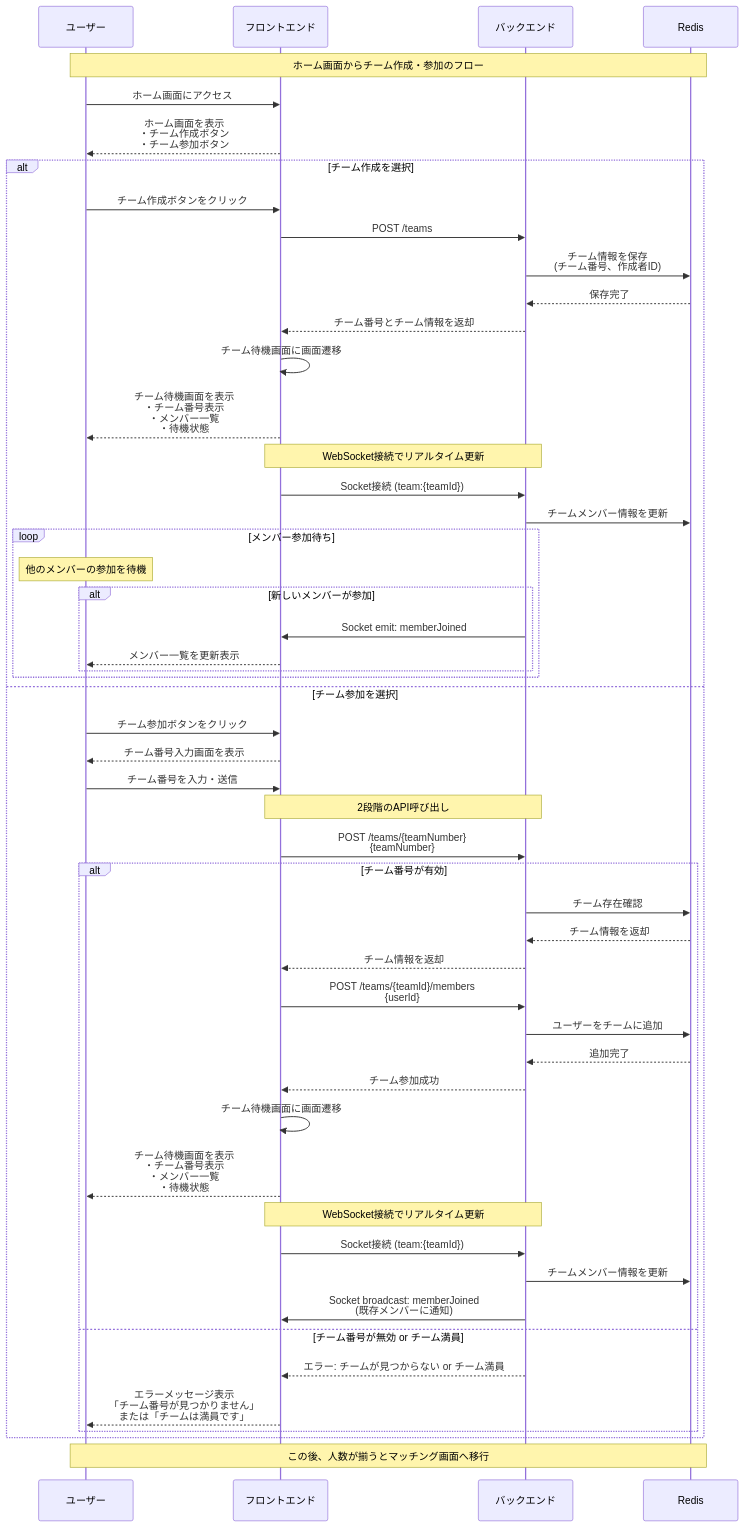
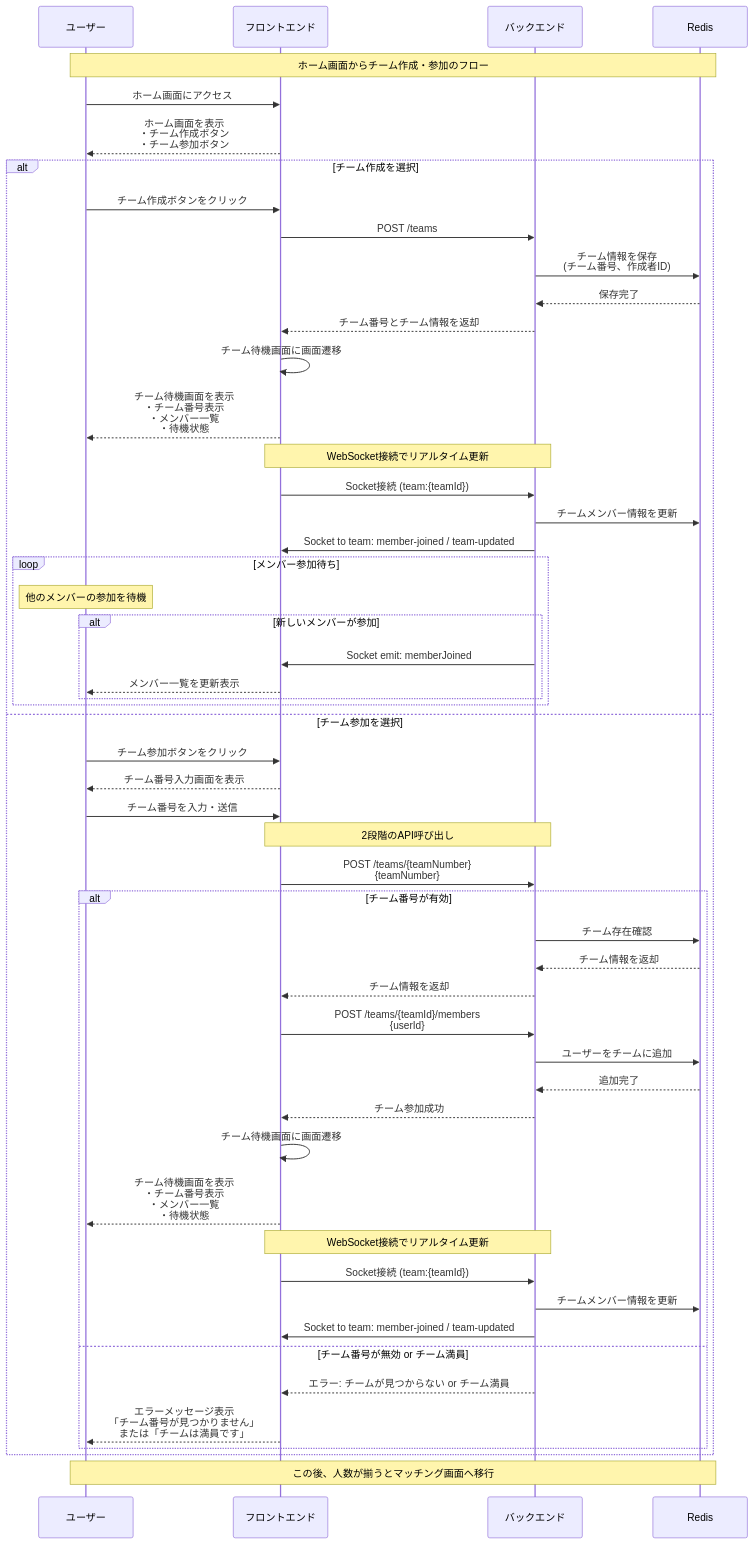
The diagram in docs/sequence-home-to-team.mmd (kotek-7/minpuzz), drawn with Mermaid before and after one commit. The commit also changed 6 other files, not shown here.

```diff
--- a/docs/sequence-home-to-team.mmd
+++ b/docs/sequence-home-to-team.mmd
@@ -1,69 +1,70 @@
 %%{init: {'theme':'default', 'themeVariables': {'primaryColor': '#4f46e5', 'primaryTextColor': '#fff', 'primaryBorderColor': '#3730a3', 'lineColor': '#374151', 'secondaryColor': '#e5e7eb', 'tertiaryColor': '#f3f4f6'}}}%%
 
 sequenceDiagram
     participant U as ユーザー
     participant F as フロントエンド
     participant B as バックエンド
     participant R as Redis
 
     Note over U,R: ホーム画面からチーム作成・参加のフロー
 
     %% ホーム画面
     U->>F: ホーム画面にアクセス
     F-->>U: ホーム画面を表示<br/>・チーム作成ボタン<br/>・チーム参加ボタン
 
     %% チーム作成フロー
     alt チーム作成を選択
         U->>F: チーム作成ボタンをクリック
         F->>B: POST /teams
         B->>R: チーム情報を保存<br/>(チーム番号、作成者ID)
         R-->>B: 保存完了
         B-->>F: チーム番号とチーム情報を返却
         F->>F: チーム待機画面に画面遷移
         F-->>U: チーム待機画面を表示<br/>・チーム番号表示<br/>・メンバー一覧<br/>・待機状態
 
         Note over F,B: WebSocket接続でリアルタイム更新
         F->>B: Socket接続 (team:{teamId})
         B->>R: チームメンバー情報を更新
+        B->>F: Socket to team: member-joined / team-updated
         
         loop メンバー参加待ち
             Note over U: 他のメンバーの参加を待機
             alt 新しいメンバーが参加
                 B->>F: Socket emit: memberJoined
                 F-->>U: メンバー一覧を更新表示
             end
         end
 
     %% チーム参加フロー  
     else チーム参加を選択
         U->>F: チーム参加ボタンをクリック
         F-->>U: チーム番号入力画面を表示
         U->>F: チーム番号を入力・送信
         
         Note over F,B: 2段階のAPI呼び出し
         F->>B: POST /teams/{teamNumber}<br/>{teamNumber}
         
         alt チーム番号が有効
             B->>R: チーム存在確認
             R-->>B: チーム情報を返却
             B-->>F: チーム情報を返却
             
             F->>B: POST /teams/{teamId}/members<br/>{userId}
             B->>R: ユーザーをチームに追加
             R-->>B: 追加完了
             B-->>F: チーム参加成功
             F->>F: チーム待機画面に画面遷移
             F-->>U: チーム待機画面を表示<br/>・チーム番号表示<br/>・メンバー一覧<br/>・待機状態
 
             Note over F,B: WebSocket接続でリアルタイム更新
             F->>B: Socket接続 (team:{teamId})
             B->>R: チームメンバー情報を更新
-            B->>F: Socket broadcast: memberJoined<br/>(既存メンバーに通知)
+            B->>F: Socket to team: member-joined / team-updated
             
         else チーム番号が無効 or チーム満員
             B-->>F: エラー: チームが見つからない or チーム満員
             F-->>U: エラーメッセージ表示<br/>「チーム番号が見つかりません」<br/>または「チームは満員です」
         end
     end
 
     Note over U,R: この後、人数が揃うとマッチング画面へ移行
```
